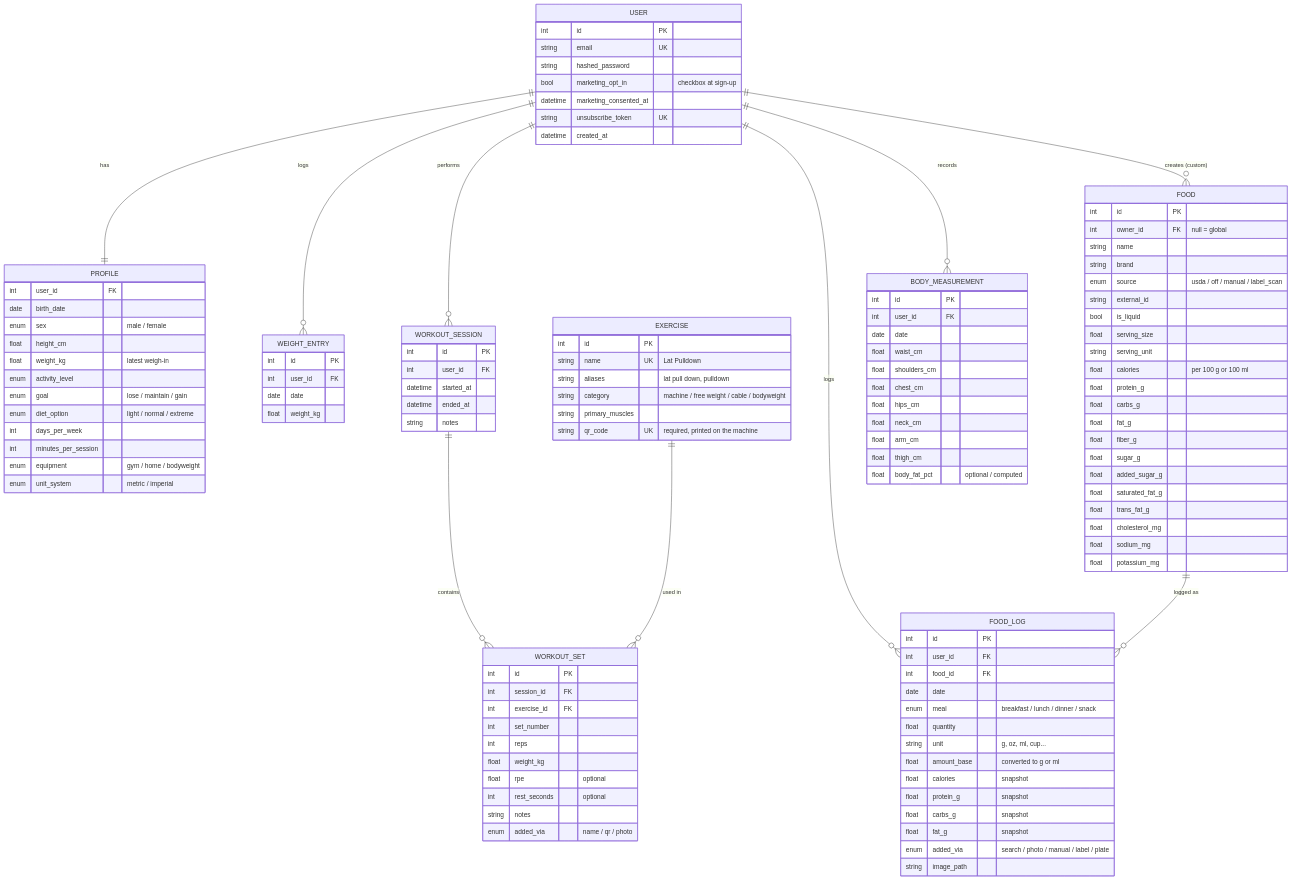
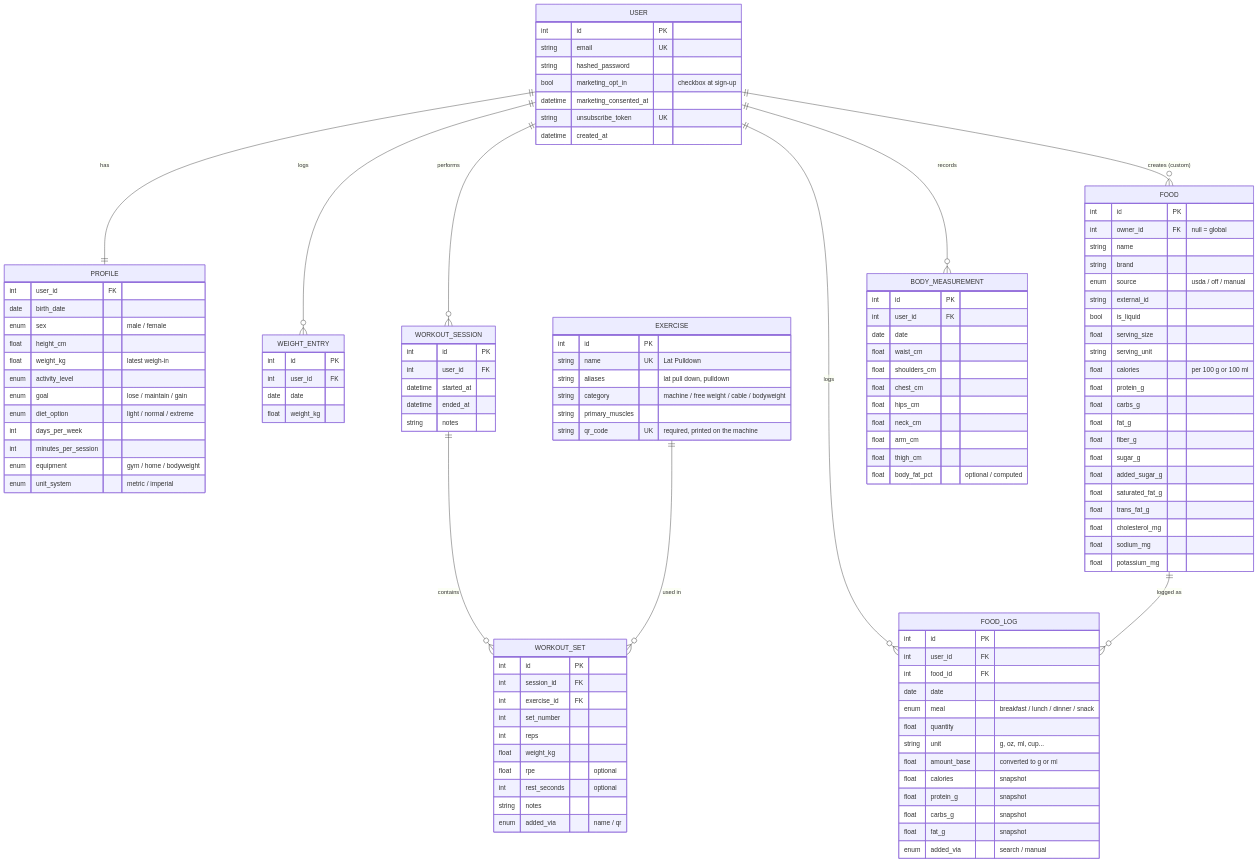
One commit to EyadAlayed506/fastapi_tutorial changed the second of 3 diagrams in fitness_app/ARCHITECTURE.md. Above: the diagram before and after it, drawn with Mermaid. The commit also changed other lines of this file, not shown here.

First line of the commit message:
Remove image features from the fitness app architecture for now

```diff
--- a/fitness_app/ARCHITECTURE.md
+++ b/fitness_app/ARCHITECTURE.md
@@ -169,14 +155,14 @@
         float rpe "optional"
         int rest_seconds "optional"
         string notes
-        enum added_via "name / qr / photo"
+        enum added_via "name / qr"
     }
     FOOD {
         int id PK
         int owner_id FK "null = global"
         string name
         string brand
-        enum source "usda / off / manual / label_scan"
+        enum source "usda / off / manual"
         string external_id
         bool is_liquid
         float serving_size
@@ -207,8 +193,7 @@
         float protein_g "snapshot"
         float carbs_g "snapshot"
         float fat_g "snapshot"
-        enum added_via "search / photo / manual / label / plate"
-        string image_path
+        enum added_via "search / manual"
     }
     BODY_MEASUREMENT {
         int id PK
```
